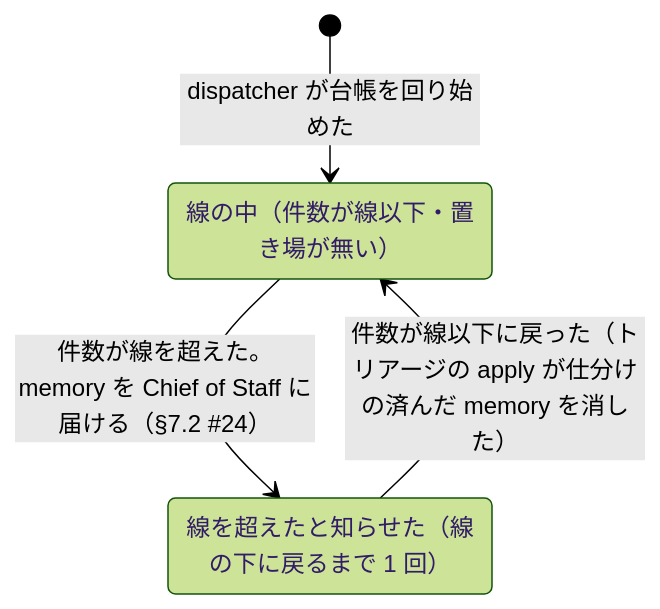
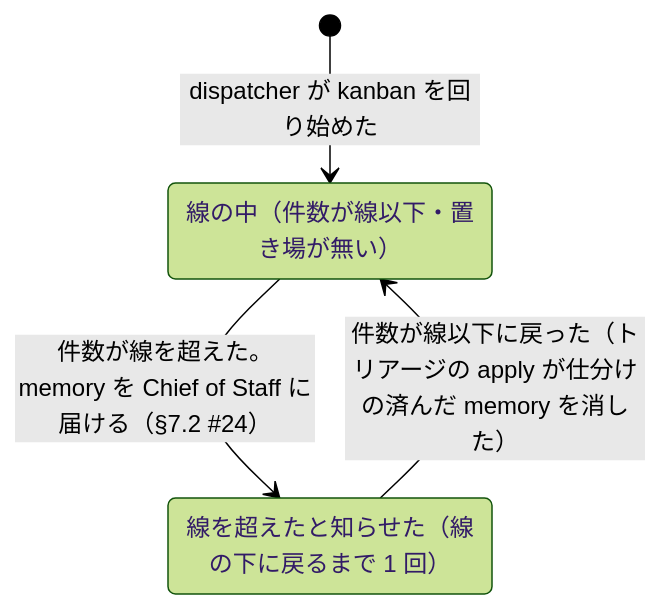
Before and after one commit to mitaku/andon: the diagram in docs/process/memory.md, drawn with Mermaid (forest theme). The commit also changed other lines of this file and 46 other files, not shown here.

````diff
--- a/docs/process/memory.md
+++ b/docs/process/memory.md
@@ -9,8 +9,8 @@
 ```mermaid
 stateDiagram-v2
   state "線の中（件数が線以下・置き場が無い）" as s_under
   state "線を超えたと知らせた（線の下に戻るまで 1 回）" as s_over
-  [*] --> s_under: dispatcher が台帳を回り始めた
+  [*] --> s_under: dispatcher が kanban を回り始めた
   s_under --> s_over: 件数が線を超えた。memory を Chief of Staff に届ける（§7.2 #24）
   s_over --> s_under: 件数が線以下に戻った（トリアージの apply が仕分けの済んだ memory を消した）
 ```
````
